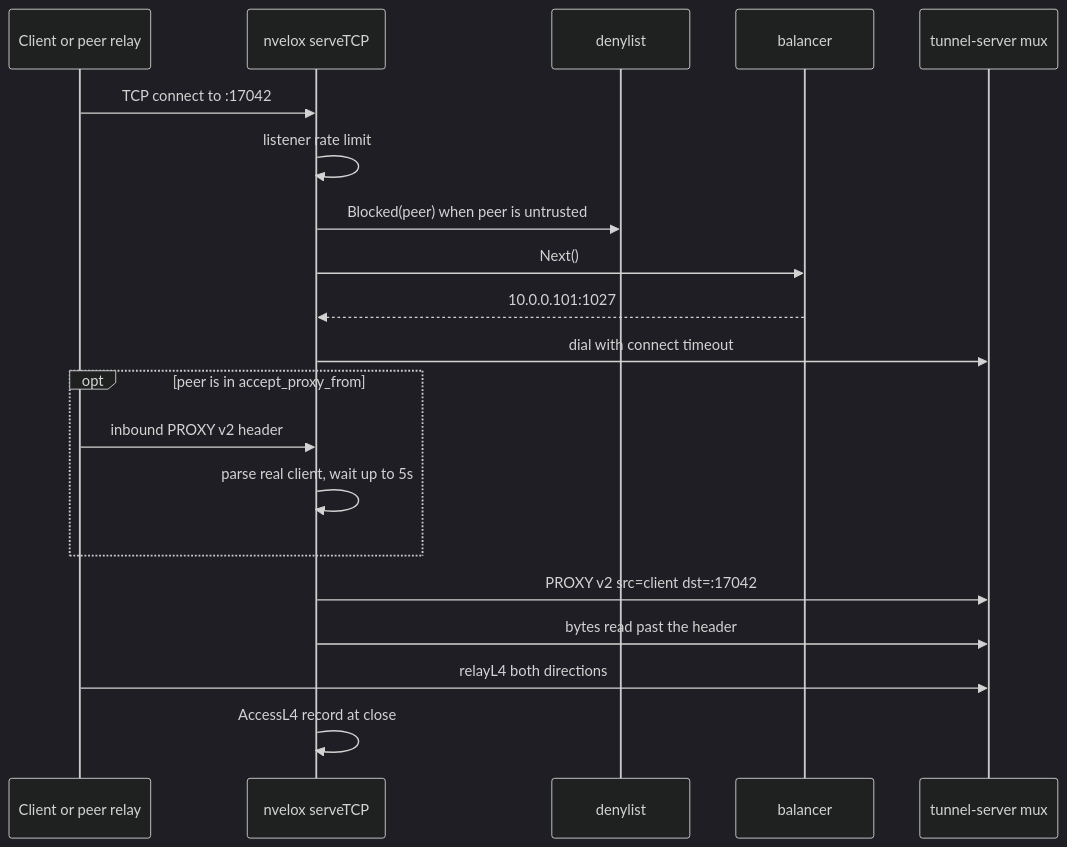
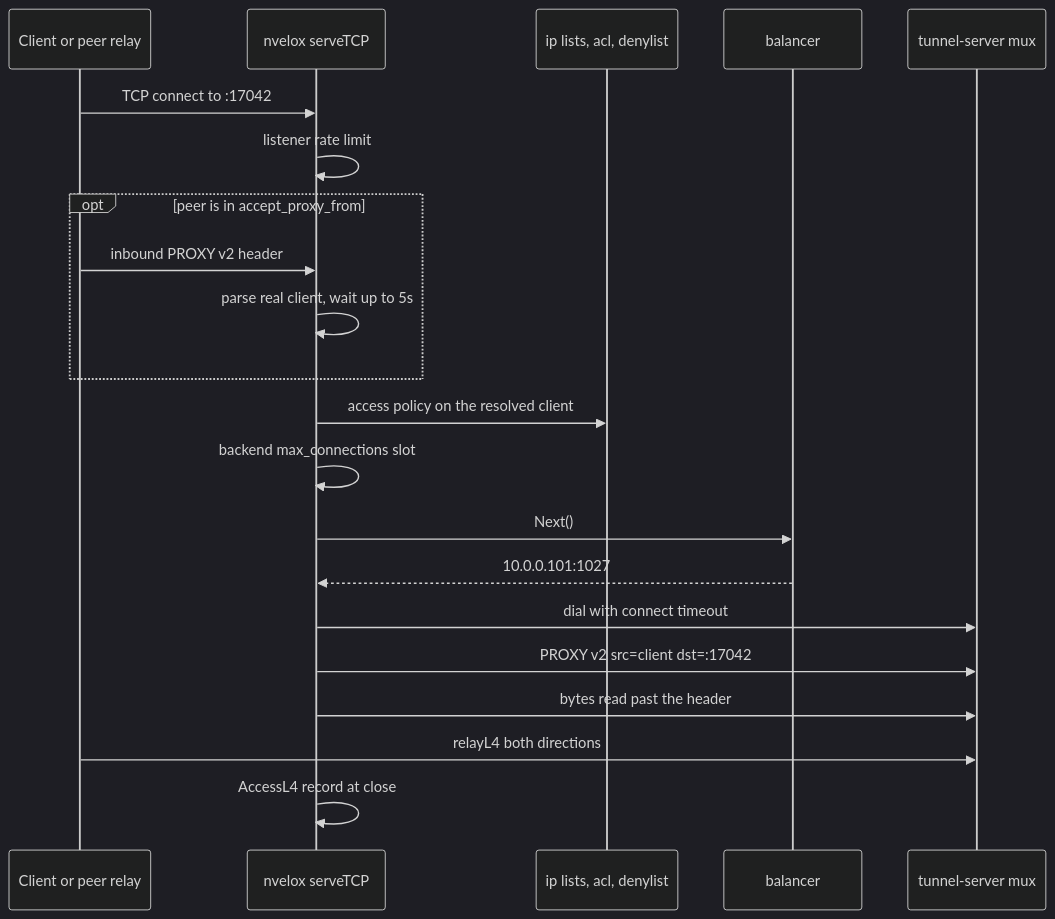
Before and after one commit to nvelox/nvelox: the third of 6 diagrams in docs/ARCHITECTURE.md, drawn with Mermaid (dark theme). The commit also changed other lines of this file and 26 other files, not shown here.

````diff
--- a/docs/ARCHITECTURE.md
+++ b/docs/ARCHITECTURE.md
@@ -149,22 +149,23 @@
 ```mermaid
 sequenceDiagram
   participant C as Client or peer relay
   participant L as nvelox serveTCP
-  participant D as denylist
+  participant D as ip lists, acl, denylist
   participant B as balancer
   participant T as tunnel-server mux
   C->>L: TCP connect to :17042
   L->>L: listener rate limit
-  L->>D: Blocked(peer) when peer is untrusted
-  L->>B: Next()
-  B-->>L: 10.0.0.101:1027
-  L->>T: dial with connect timeout
   opt peer is in accept_proxy_from
     C->>L: inbound PROXY v2 header
     L->>L: parse real client, wait up to 5s
   end
+  L->>D: access policy on the resolved client
+  L->>L: backend max_connections slot
+  L->>B: Next()
+  B-->>L: 10.0.0.101:1027
+  L->>T: dial with connect timeout
   L->>T: PROXY v2 src=client dst=:17042
   L->>T: bytes read past the header
   C->>T: relayL4 both directions
   L->>L: AccessL4 record at close
 ```
````
